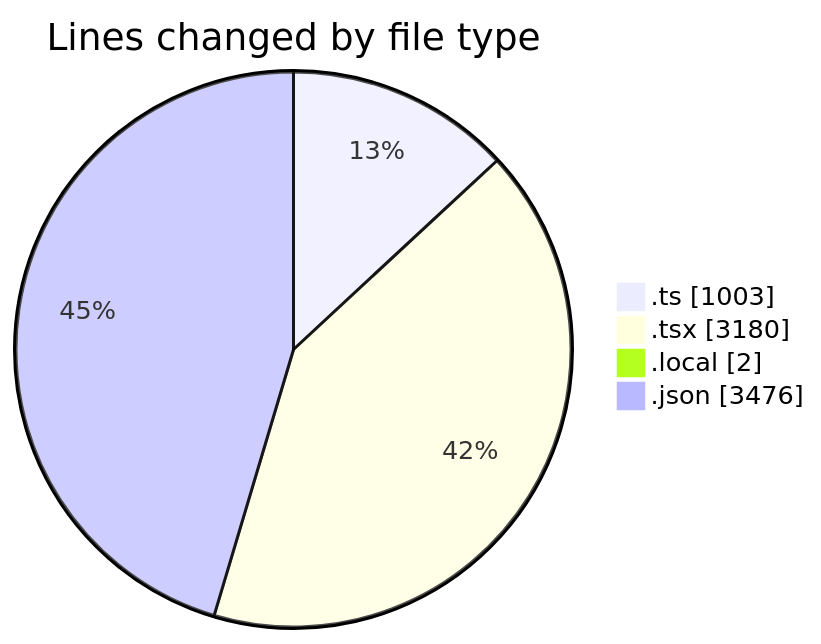
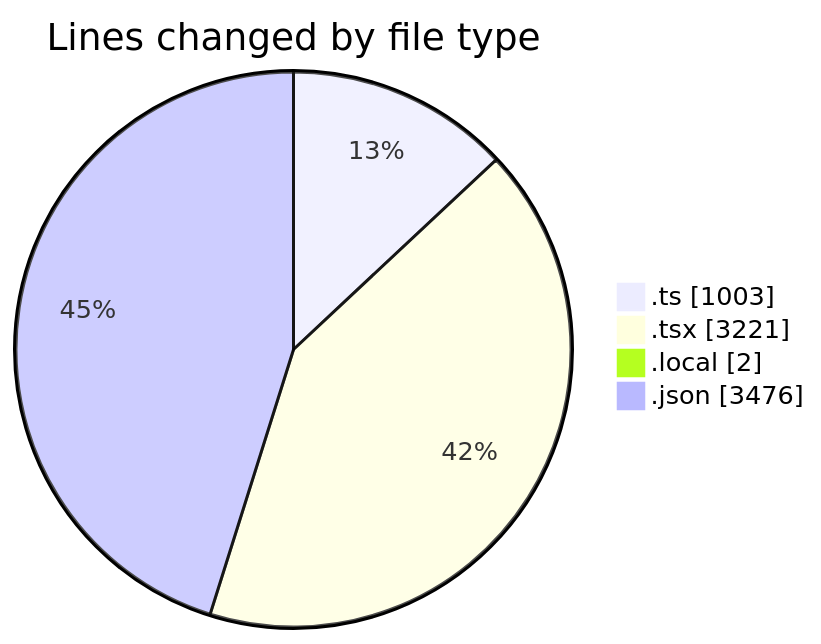
One commit to julien-gomy/code-tracking changed the first of 2 diagrams in 2025-10-28/eventscop-frontend-guide__workspace_/README.md. Above: the diagram before and after it, drawn with Mermaid. The commit also changed other lines of this file and 1 other file, not shown here.

````diff
--- a/2025-10-28/eventscop-frontend-guide__workspace_/README.md
+++ b/2025-10-28/eventscop-frontend-guide__workspace_/README.md
@@ -45,8 +46,8 @@
 ```mermaid
 pie showData
 title Lines changed by file type
 ".ts" : 1003
-".tsx" : 3180
+".tsx" : 3221
 ".local" : 2
 ".json" : 3476
 ```
````
